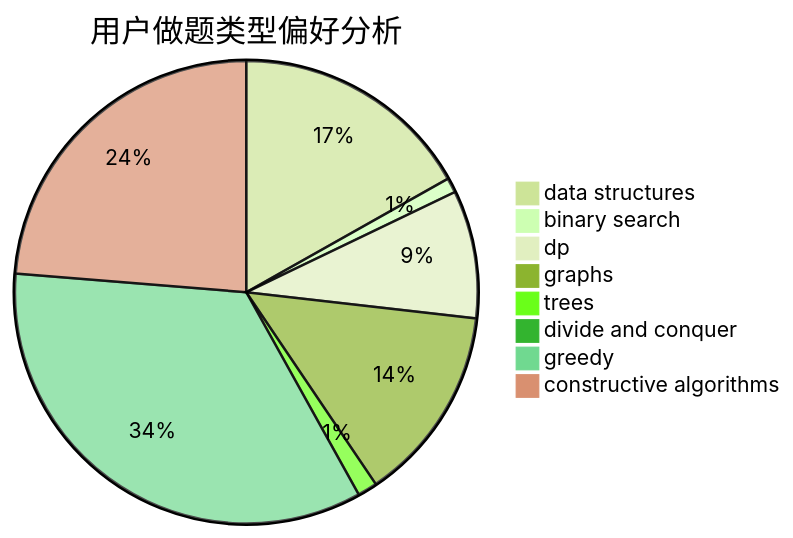
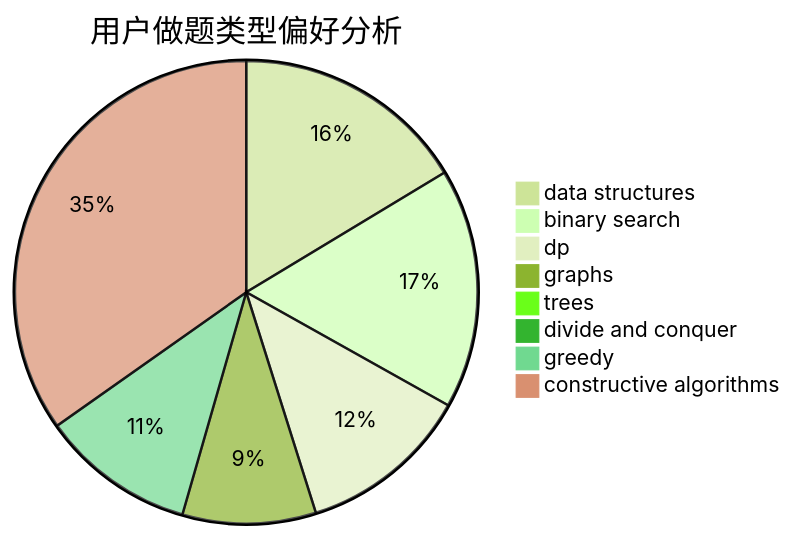
Before and after one commit to sherpahu/cfrs.github.io: the second of 3 diagrams in docs/user/u1221.md, drawn with Mermaid (forest theme). The commit also changed other lines of this file and 2770 other files, not shown here.

````diff
--- a/docs/user/u1221.md
+++ b/docs/user/u1221.md
@@ -23,11 +23,11 @@
 ```mermaid
 pie title 用户做题类型偏好分析
-    "data structures" :  49
-    "binary search" :  3
-    "dp" :  26
-    "graphs" :  40
-    "trees" :  4
+    "data structures" :  79
+    "binary search" :  81
+    "dp" :  58
+    "graphs" :  45
+    "trees" :  3
     "divide and conquer" :  0
-    "greedy" :  100
-    "constructive algorithms" :  69
+    "greedy" :  52
+    "constructive algorithms" :  168
 ```
````
